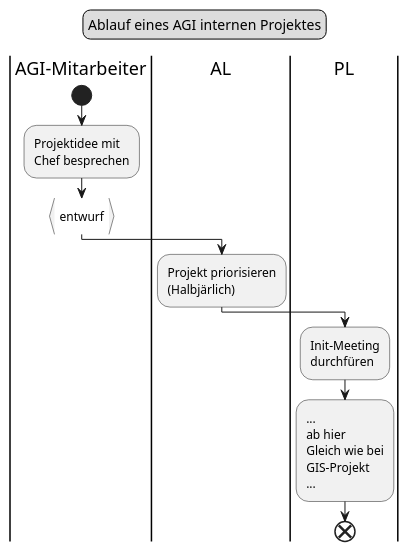
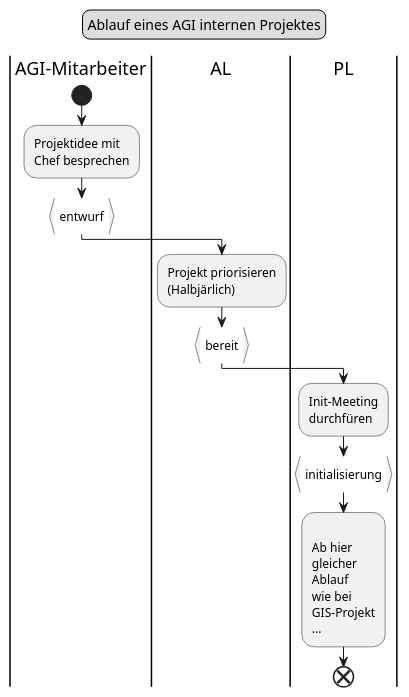
Before and after one commit to ojeker/docktick: the diagram in puml/src/flow_agiprojekt.puml, drawn with PlantUML. The commit also changed 10 other files, not shown here.

```diff
--- a/puml/src/flow_agiprojekt.puml
+++ b/puml/src/flow_agiprojekt.puml
@@ -1,22 +1,26 @@
 @startuml
 legend top
 	Ablauf eines AGI internen Projektes
 end legend
 |AGI-Mitarbeiter|
 start
 :Projektidee mit
 Chef besprechen;
 :entwurf}
 |AL|
 :Projekt priorisieren
 (Halbjärlich);
+:bereit}
 |PL|
 :Init-Meeting
 durchfüren;
-:...
-ab hier
-Gleich wie bei
+:initialisierung}
+:
+Ab hier
+gleicher
+Ablauf
+wie bei
 GIS-Projekt
 ...;
 end
 @enduml
```
